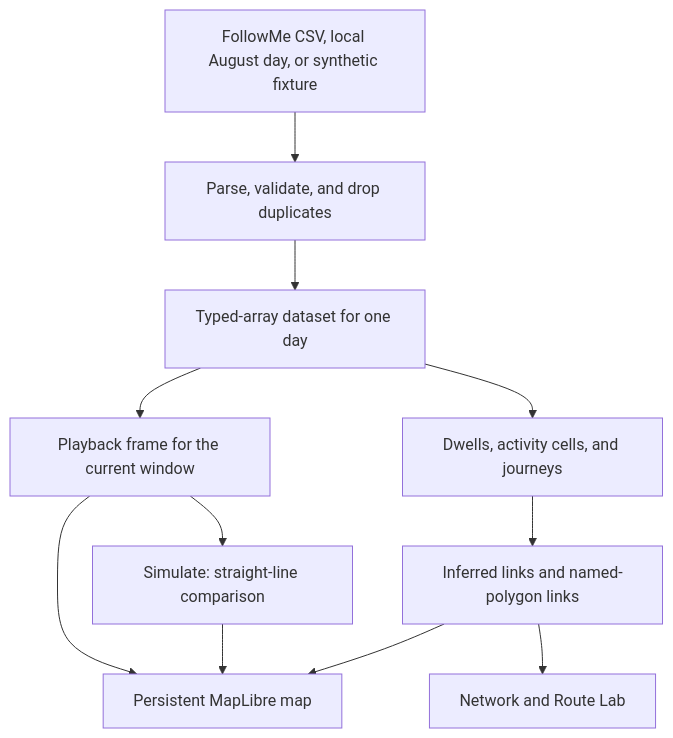
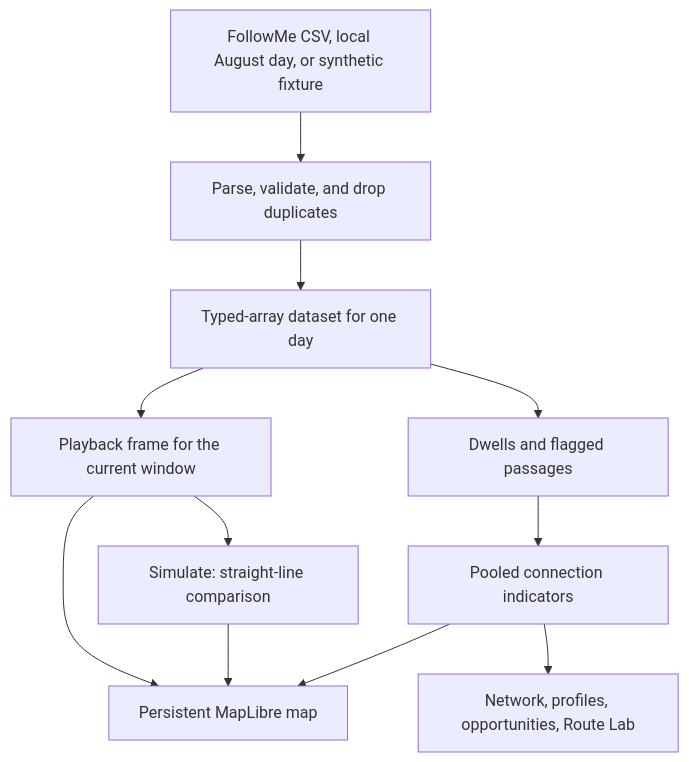
Before and after one commit to AahilSomethin/Pulse-demo: the diagram in FLOW.md, drawn with Mermaid. The commit also changed other lines of this file and 49 other files, not shown here.

````diff
--- a/FLOW.md
+++ b/FLOW.md
@@ -13,13 +13,13 @@
 ```mermaid
 flowchart TD
   csv["FollowMe CSV, local August day, or synthetic fixture"] --> parse["Parse, validate, and drop duplicates"]
   parse --> typed["Typed-array dataset for one day"]
   typed --> frame["Playback frame for the current window"]
-  typed --> dwell["Dwells, activity cells, and journeys"]
-  dwell --> links["Inferred links and named-polygon links"]
+  typed --> dwell["Dwells and flagged passages"]
+  dwell --> links["Pooled connection indicators"]
   frame --> map["Persistent MapLibre map"]
   links --> map
-  links --> network["Network and Route Lab"]
+  links --> network["Network, profiles, opportunities, Route Lab"]
   frame --> simulate["Simulate: straight-line comparison"]
   simulate --> map
 ```
````
